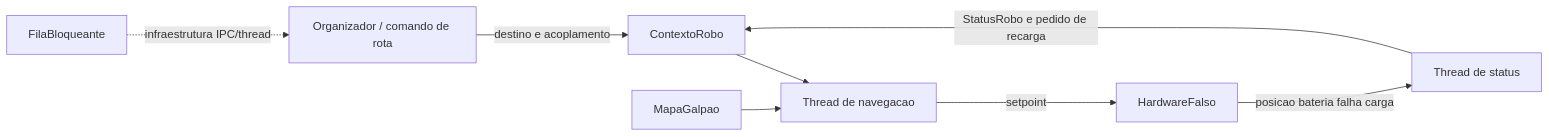
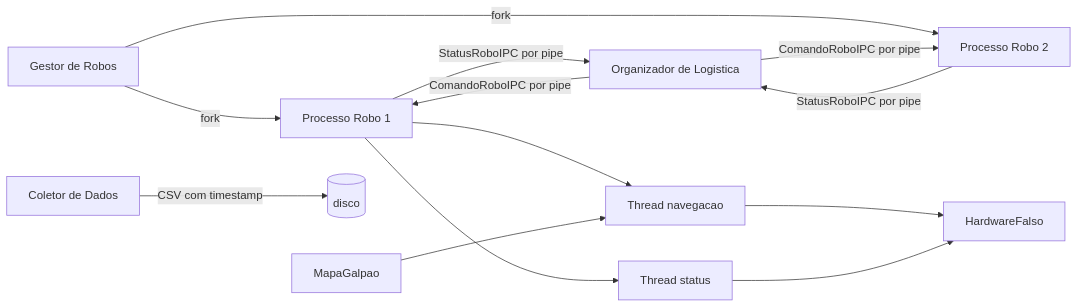
Before and after one commit to lsaamaral/TrabalhoRobosMoveis: the diagram in README.md, drawn with Mermaid. The commit also changed other lines of this file and 8 other files, not shown here.

````diff
--- a/README.md
+++ b/README.md
@@ -32,10 +35,15 @@
 ```mermaid
 flowchart LR
-    O[Organizador / comando de rota] -->|destino e acoplamento| C[ContextoRobo]
-    C --> N[Thread de navegacao]
-    N -->|setpoint| H[HardwareFalso]
-    H -->|posicao bateria falha carga| S[Thread de status]
-    S -->|StatusRobo e pedido de recarga| C
-    M[MapaGalpao] --> N
-    F[FilaBloqueante] -. infraestrutura IPC/thread .-> O
+    G[Gestor de Robos] -->|fork| P1[Processo Robo 1]
+    G -->|fork| P2[Processo Robo 2]
+    O[Organizador de Logistica] -->|ComandoRoboIPC por pipe| P1
+    O -->|ComandoRoboIPC por pipe| P2
+    P1 -->|StatusRoboIPC por pipe| O
+    P2 -->|StatusRoboIPC por pipe| O
+    P1 --> N1[Thread navegacao]
+    P1 --> S1[Thread status]
+    N1 --> H1[HardwareFalso]
+    S1 --> H1
+    M[MapaGalpao] --> N1
+    C[Coletor de Dados] -->|CSV com timestamp| D[(disco)]
 ```
````
